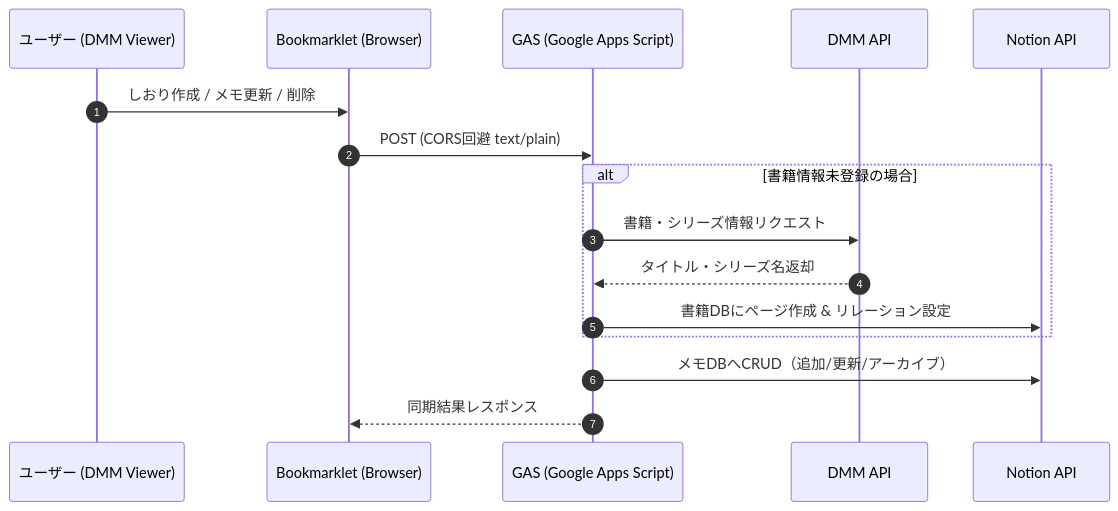
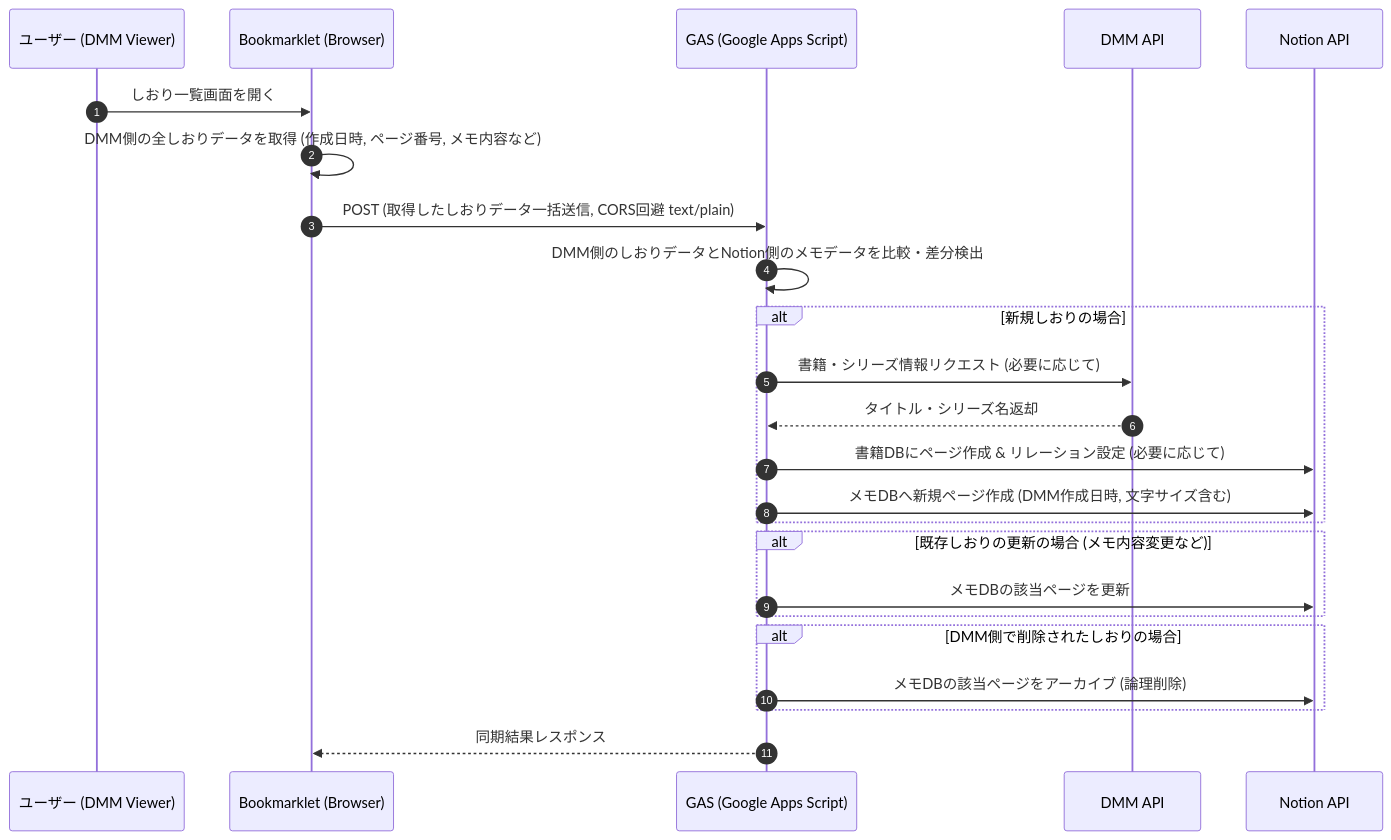
The diagram in README.md (highkeyhaku-code/DMMBooks_Bookmarklet), drawn with Mermaid before and after one commit. The commit also changed other lines of this file and 4 other files, not shown here.

````diff
--- a/README.md
+++ b/README.md
@@ -32,19 +32,27 @@
 ```mermaid
 sequenceDiagram
     autonumber
     participant U as ユーザー (DMM Viewer)
     participant B as Bookmarklet (Browser)
     participant G as GAS (Google Apps Script)
     participant D as DMM API
     participant N as Notion API
 
-    U->>B: しおり作成 / メモ更新 / 削除
-    B->>G: POST (CORS回避 text/plain)
-    alt 書籍情報未登録の場合
-        G->>D: 書籍・シリーズ情報リクエスト
+    U->>B: しおり一覧画面を開く
+    B->>B: DMM側の全しおりデータを取得 (作成日時, ページ番号, メモ内容など)
+    B->>G: POST (取得したしおりデータ一括送信, CORS回避 text/plain)
+    G->>G: DMM側のしおりデータとNotion側のメモデータを比較・差分検出
+    alt 新規しおりの場合
+        G->>D: 書籍・シリーズ情報リクエスト (必要に応じて)
         D-->>G: タイトル・シリーズ名返却
-        G->>N: 書籍DBにページ作成 & リレーション設定
+        G->>N: 書籍DBにページ作成 & リレーション設定 (必要に応じて)
+        G->>N: メモDBへ新規ページ作成 (DMM作成日時, 文字サイズ含む)
     end
-    G->>N: メモDBへCRUD（追加/更新/アーカイブ）
+    alt 既存しおりの更新の場合 (メモ内容変更など)
+        G->>N: メモDBの該当ページを更新
+    end
+    alt DMM側で削除されたしおりの場合
+        G->>N: メモDBの該当ページをアーカイブ (論理削除)
+    end
     G-->>B: 同期結果レスポンス
 ```
````
